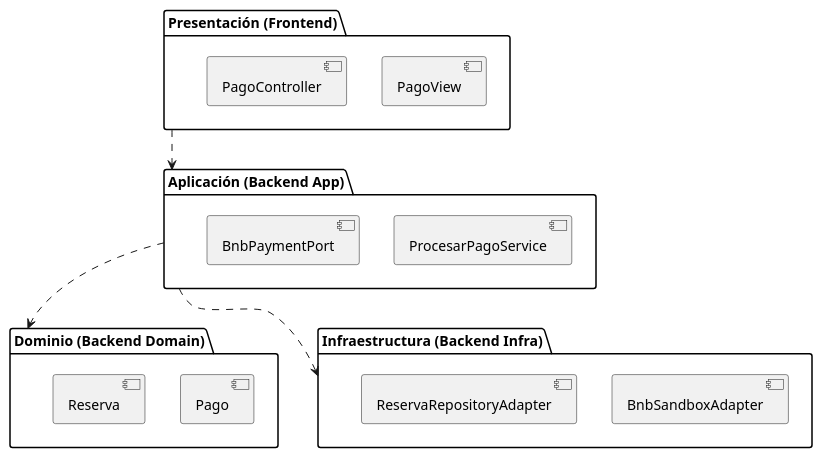
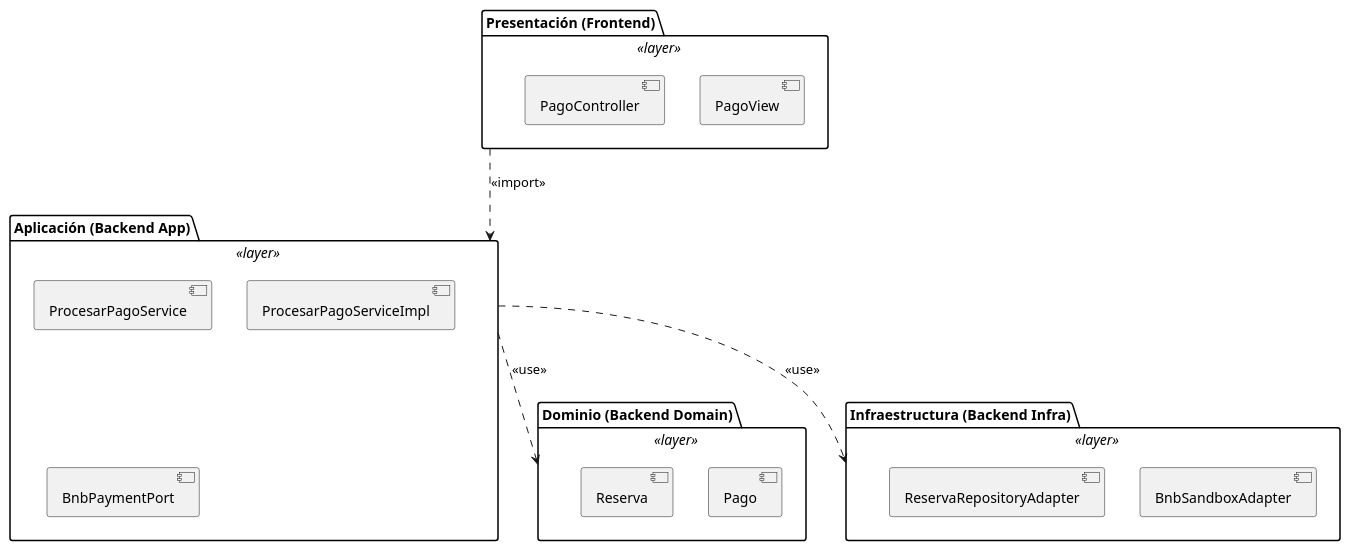
Diagram 15 of 36 in RefactorV4.md (Tsmrain/GestionSistemas), drawn with PlantUML before and after one commit. The commit also changed other lines of this file and 1 other file, not shown here.

Commit message:
refactor: enhance UML diagrams with GRASP stereotypes, layer annotations, and updated sequence interactions.

````diff
--- a/RefactorV4.md
+++ b/RefactorV4.md
@@ -719,23 +833,24 @@
 ```plantuml
 @startuml
-package "Presentación (Frontend)" {
+package "Presentación (Frontend)" <<layer>> {
   [PagoView]
   [PagoController]
 }
-package "Aplicación (Backend App)" {
+package "Aplicación (Backend App)" <<layer>> {
   [ProcesarPagoService]
+  [ProcesarPagoServiceImpl]
   [BnbPaymentPort]
 }
-package "Dominio (Backend Domain)" {
+package "Dominio (Backend Domain)" <<layer>> {
   [Pago]
   [Reserva]
 }
-package "Infraestructura (Backend Infra)" {
+package "Infraestructura (Backend Infra)" <<layer>> {
   [BnbSandboxAdapter]
   [ReservaRepositoryAdapter]
 }
-[Presentación (Frontend)] ..> [Aplicación (Backend App)]
-[Aplicación (Backend App)] ..> [Dominio (Backend Domain)]
-[Aplicación (Backend App)] ..> [Infraestructura (Backend Infra)]
+"Presentación (Frontend)" ..> "Aplicación (Backend App)" : <<import>>
+"Aplicación (Backend App)" ..> "Dominio (Backend Domain)" : <<use>>
+"Aplicación (Backend App)" ..> "Infraestructura (Backend Infra)" : <<use>>
 @enduml
 ```
````
